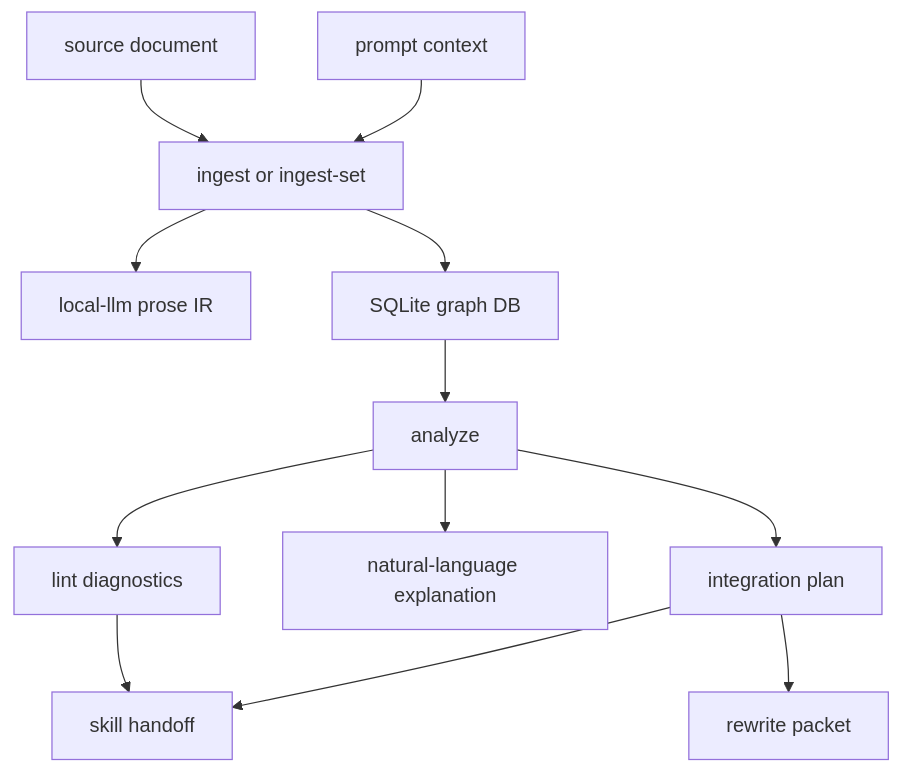
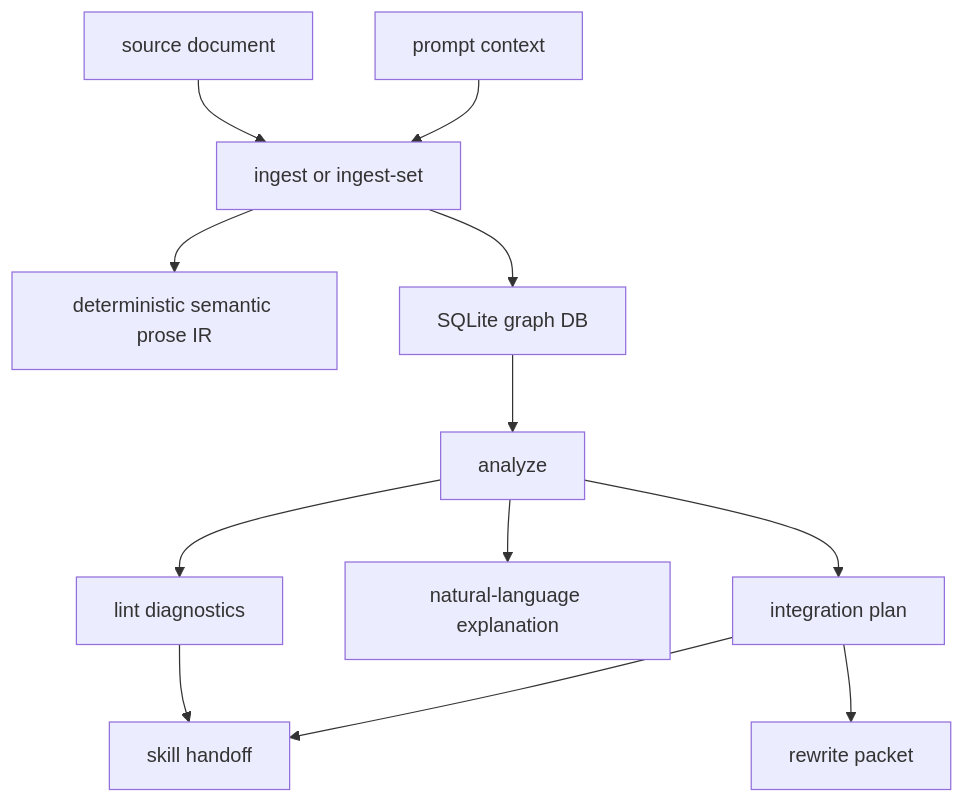
Before and after one commit to iwashita-nozomu/agent-canon: the diagram in documents/tools/prose_reasoning_graph.md, drawn with Mermaid. The commit also changed other lines of this file and 39 other files, not shown here.

````diff
--- a/documents/tools/prose_reasoning_graph.md
+++ b/documents/tools/prose_reasoning_graph.md
@@ -129,26 +129,26 @@
 ```mermaid
 flowchart TB
   source["source document"]
   prompt["prompt context"]
-  local_ir["local-llm prose IR"]
+  semantic_ir["deterministic semantic prose IR"]
   ingest["ingest or ingest-set"]
   graph_db["SQLite graph DB"]
   analyze["analyze"]
   diagnostics["lint diagnostics"]
   explain["natural-language explanation"]
   integrate["integration plan"]
   handoff["skill handoff"]
   rewrite["rewrite packet"]
 
   source --> ingest
   prompt --> ingest
-  ingest --> local_ir
+  ingest --> semantic_ir
   ingest --> graph_db
   graph_db --> analyze
   analyze --> diagnostics
   analyze --> explain
   analyze --> integrate
   diagnostics --> handoff
   integrate --> handoff
   integrate --> rewrite
 ```
````
